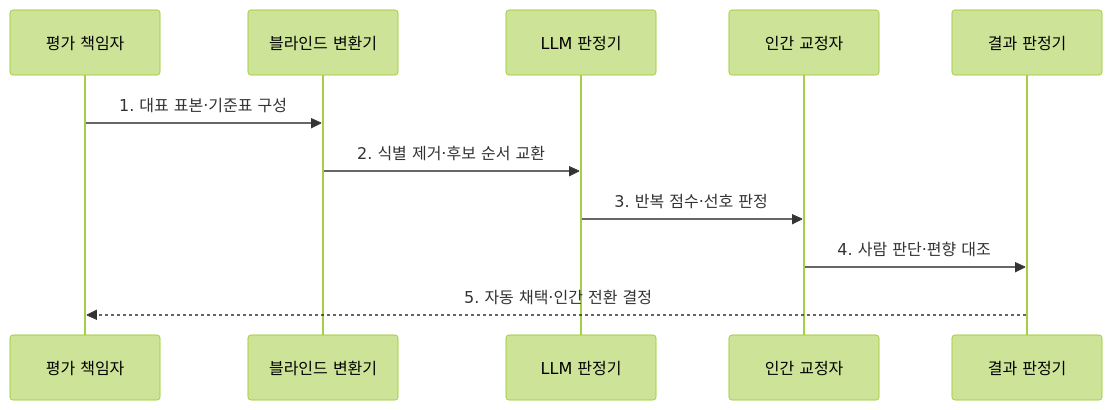
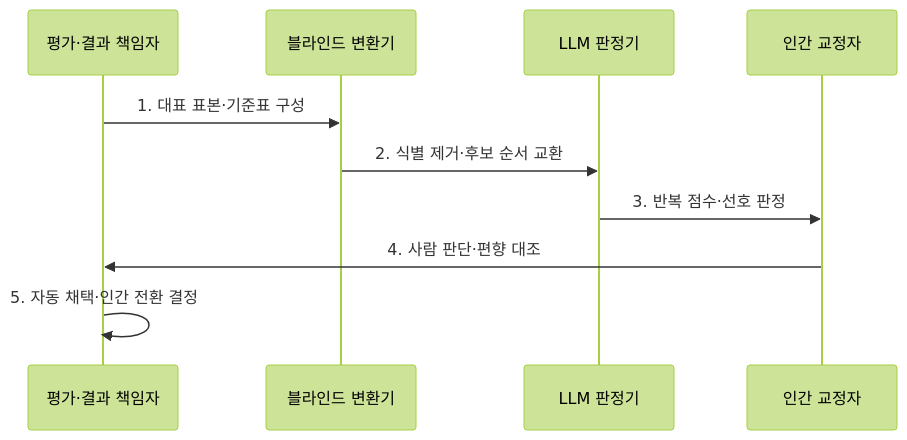
Before and after one commit to agnusdei1207/knowledge-base: the second of 2 diagrams in src/content/docs/notes/08-latest-tech/137_llm_as_a_judge.md, drawn with Mermaid (forest theme). The commit also changed 5 other files, not shown here.

Commit message:
Clarify AI operations flow roles

````diff
--- a/src/content/docs/notes/08-latest-tech/137_llm_as_a_judge.md
+++ b/src/content/docs/notes/08-latest-tech/137_llm_as_a_judge.md
@@ -99,13 +99,12 @@
 ```mermaid
 sequenceDiagram
-    participant O as 평가 책임자
+    participant O as 평가·결과 책임자
     participant B as 블라인드 변환기
     participant J as LLM 판정기
     participant H as 인간 교정자
-    participant R as 결과 판정기
     O->>B: 1. 대표 표본·기준표 구성
     B->>J: 2. 식별 제거·후보 순서 교환
     J->>H: 3. 반복 점수·선호 판정
-    H->>R: 4. 사람 판단·편향 대조
-    R-->>O: 5. 자동 채택·인간 전환 결정
+    H->>O: 4. 사람 판단·편향 대조
+    O->>O: 5. 자동 채택·인간 전환 결정
 ```
````
